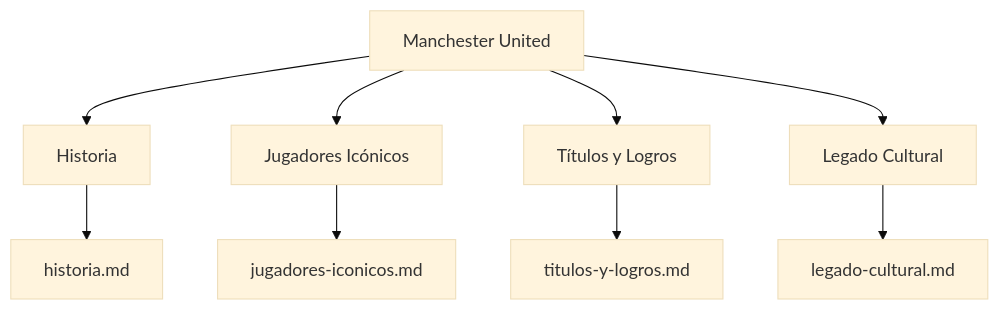
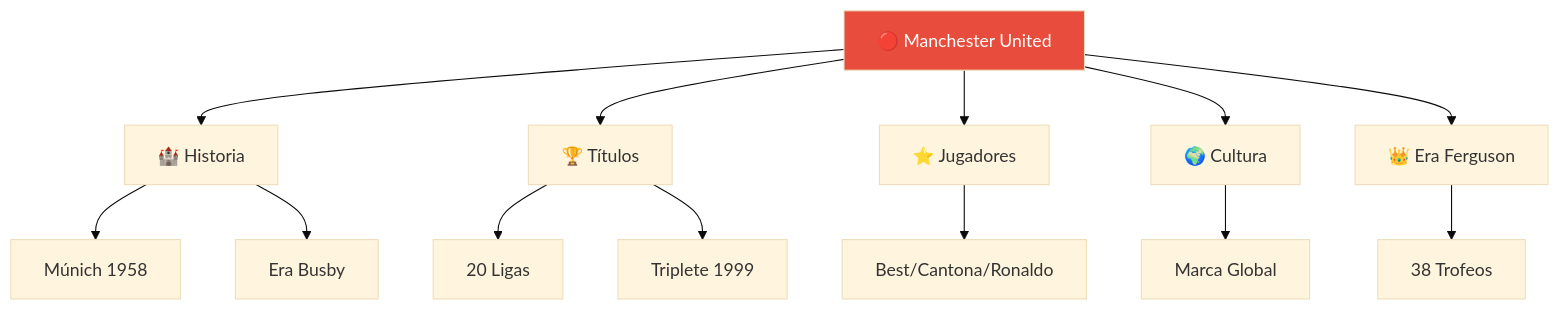
The second of 2 diagrams in entregas/diego.gonzales/AEC-MD/index.md (miguelancabezon/25-26-igps), drawn with Mermaid (base theme) before and after one commit. The commit also changed other lines of this file and 1 other file, not shown here.

````diff
--- a/entregas/diego.gonzales/AEC-MD/index.md
+++ b/entregas/diego.gonzales/AEC-MD/index.md
@@ -48,11 +47,18 @@
 ```mermaid
 graph TD
-    A[Manchester United] --> B[Historia]
-    A --> C[Jugadores Icónicos]
-    A --> D[Títulos y Logros]
-    A --> E[Legado Cultural]
-    B --> historia.md
-    C --> jugadores-iconicos.md
-    D --> titulos-y-logros.md
-    E --> legado-cultural.md
+    A[🔴 Manchester United] --> B[🏰 Historia]
+    A --> C[🏆 Títulos]
+    A --> D[⭐ Jugadores]
+    A --> E[🌍 Cultura]
+    A --> F[👑 Era Ferguson]
+    
+    B --> B1[Múnich 1958]
+    B --> B2[Era Busby]
+    C --> C1[20 Ligas]
+    C --> C2[Triplete 1999]
+    D --> D1[Best/Cantona/Ronaldo]
+    E --> E1[Marca Global]
+    F --> F1[38 Trofeos]
+    
+    style A fill:#e74c3c,color:#fff
 ```
````
